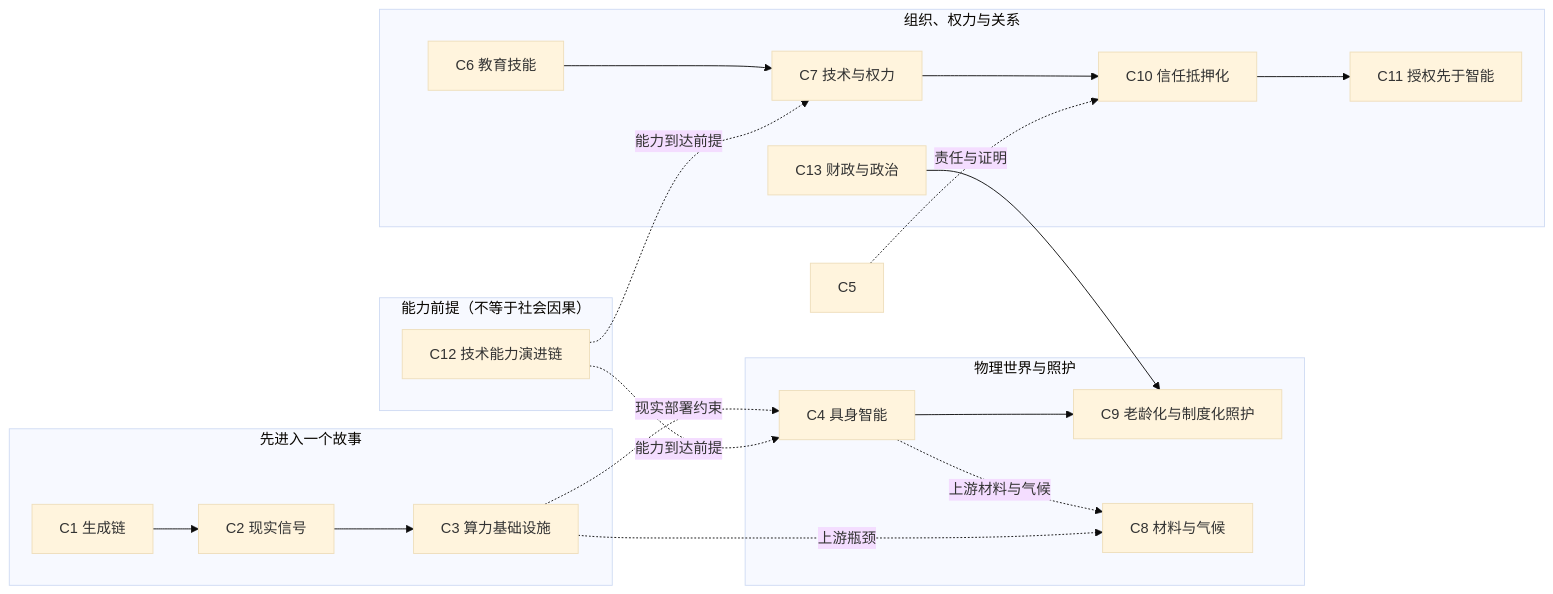
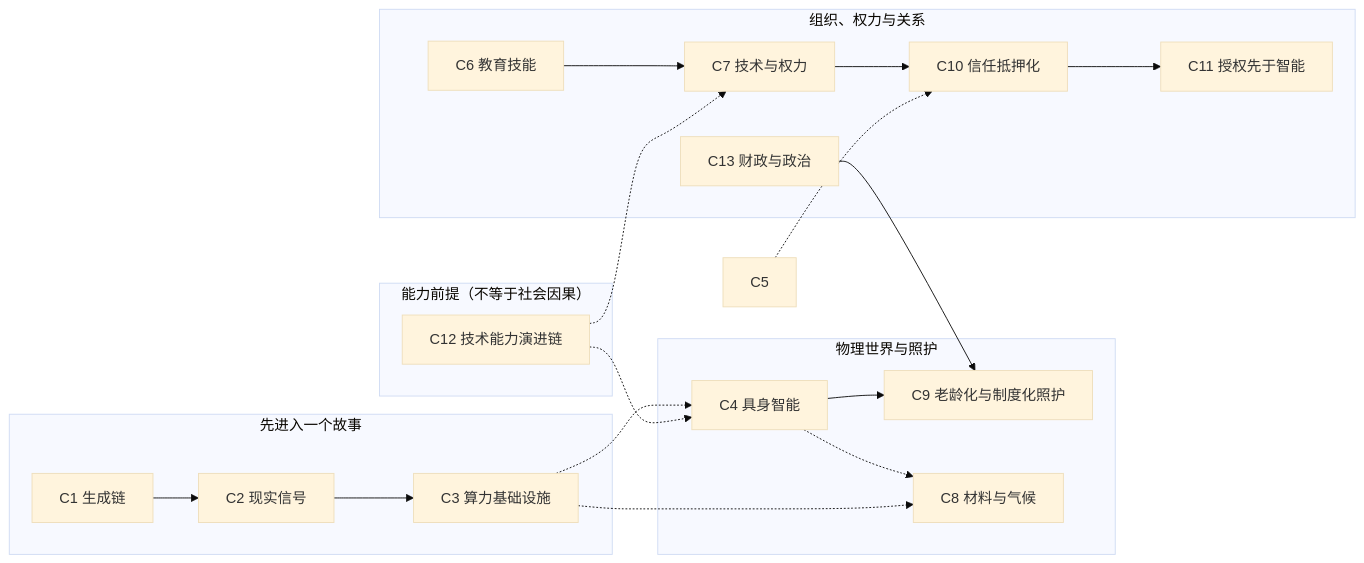
The diagram in README.md (SenZhangAI/foresight-by-ai), drawn with Mermaid (base theme) before and after one commit. The commit also changed 1 other file, not shown here.

Commit message:
fix(readme): use plain Mermaid dotted edges
GitHub's Mermaid parser rejects labeled dotted-edge syntax in the bilingual relationship maps. Remove edge labels while preserving the navigation graph and its explanatory prose so both public diagrams render reliably.

````diff
--- a/README.md
+++ b/README.md
@@ -222,25 +222,25 @@
 ```mermaid
 flowchart LR
   subgraph START[先进入一个故事]
     C1[C1 生成链] --> C2[C2 现实信号]
     C2 --> C3[C3 算力基础设施]
   end
   subgraph BODY[物理世界与照护]
     C4[C4 具身智能] --> C9[C9 老龄化与制度化照护]
-    C4 -.->|上游材料与气候| C8[C8 材料与气候]
+    C4 -.-> C8[C8 材料与气候]
   end
   subgraph SOCIETY[组织、权力与关系]
     C7[C7 技术与权力] --> C10[C10 信任抵押化]
     C10 --> C11[C11 授权先于智能]
     C6[C6 教育技能] --> C7
     C13[C13 财政与政治] --> C9
   end
   subgraph PREREQ[能力前提（不等于社会因果）]
     C12[C12 技术能力演进链]
   end
-  C3 -.->|现实部署约束| C4
-  C3 -.->|上游瓶颈| C8
-  C12 -.->|能力到达前提| C4
-  C12 -.->|能力到达前提| C7
-  C5 -.->|责任与证明| C10
+  C3 -.-> C4
+  C3 -.-> C8
+  C12 -.-> C4
+  C12 -.-> C7
+  C5 -.-> C10
 ```
````
